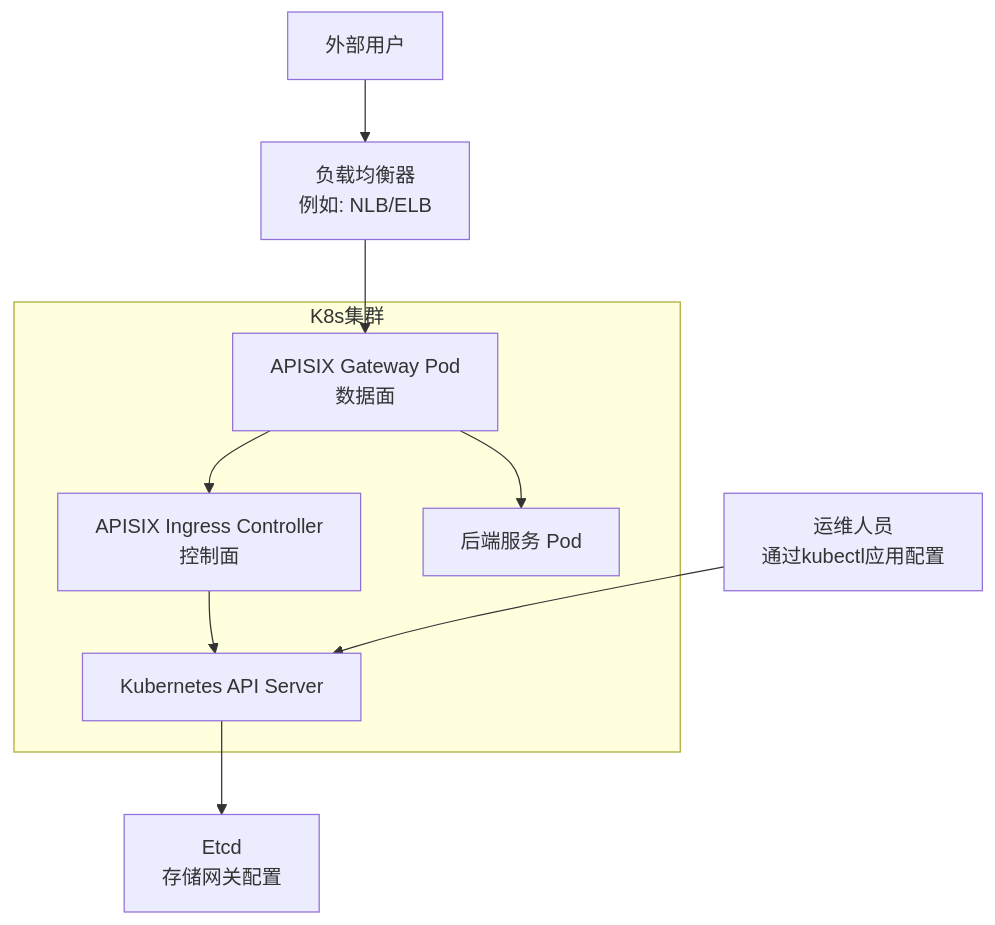
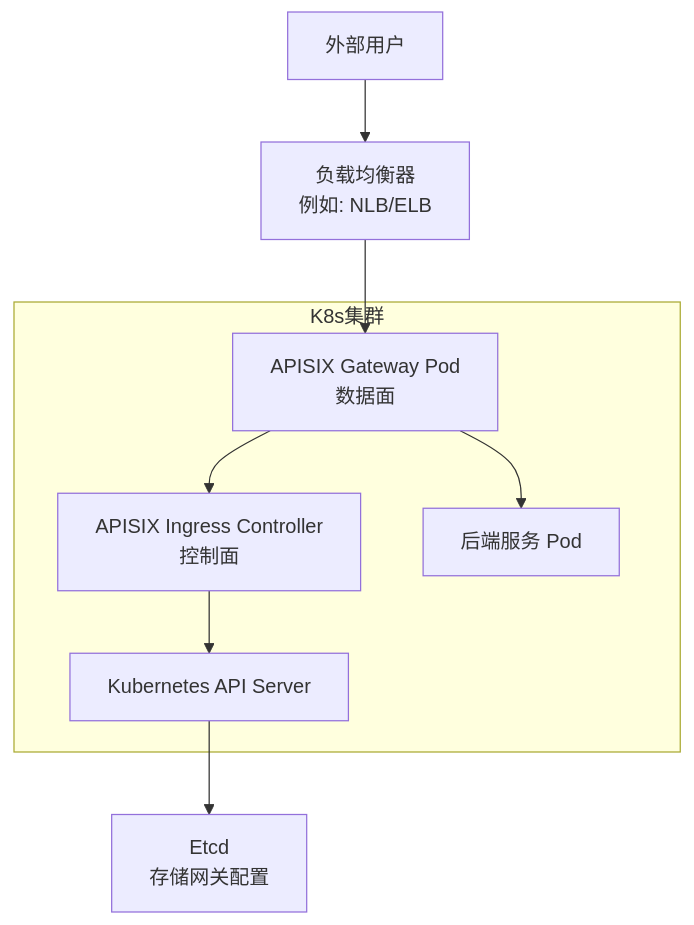
Before and after one commit to RuningBird/question1_apisix_ingress_controller: the diagram in README.md, drawn with Mermaid.

````diff
--- a/README.md
+++ b/README.md
@@ -10,18 +10,16 @@
 ```mermaid
 flowchart TD
     A[外部用户] --> B[负载均衡器<br/>例如: NLB/ELB]
     B --> C[APISIX Gateway Pod<br/>数据面]
     C --> D[APISIX Ingress Controller<br/>控制面]
     D --> E[Kubernetes API Server]
     E --> F[Etcd<br/>存储网关配置]
     C --> G[后端服务 Pod]
     
-    H[运维人员<br/>通过kubectl应用配置] --> E
-    
     subgraph K8s集群
         C
         D
         E
         G
     end
 ```
````
